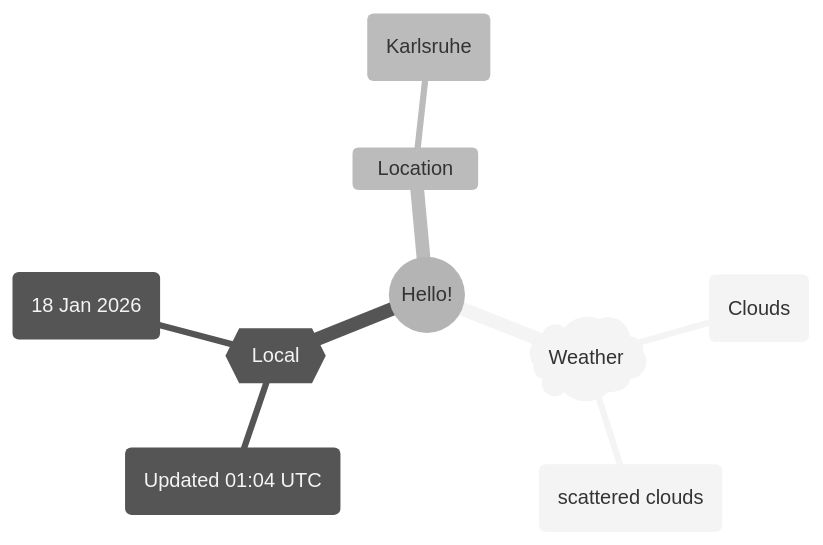
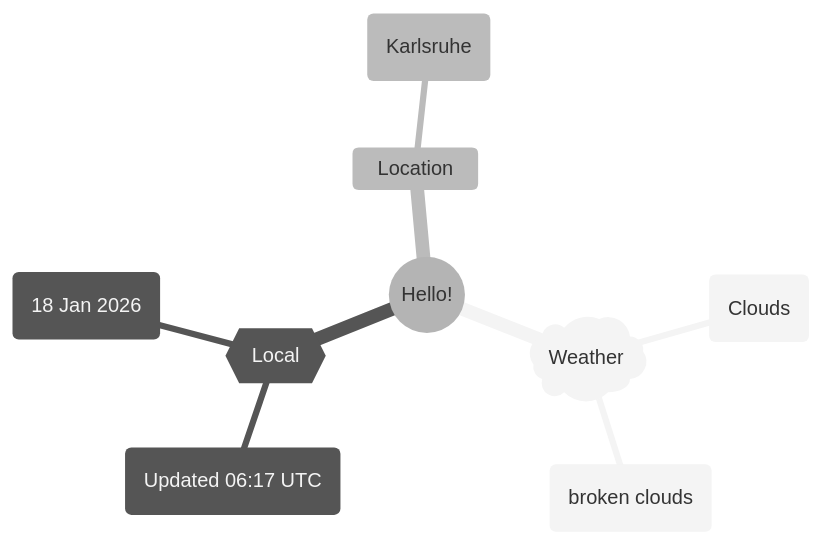
Before and after one commit to Xosrov/Xosrov: the first of 2 diagrams in README.md, drawn with Mermaid (neutral theme).

Commit message:
[bot] updated images

````diff
--- a/README.md
+++ b/README.md
@@ -3,12 +3,12 @@
 ```mermaid
 mindmap
   root((Hello!))
     )Weather(
         (Clouds)
-        (scattered clouds)
+        (broken clouds)
     {{Local}}
-        (Updated 01:04 UTC)
+        (Updated 06:17 UTC)
         (18 Jan 2026)
     Location
         (Karlsruhe)
 ```
````
